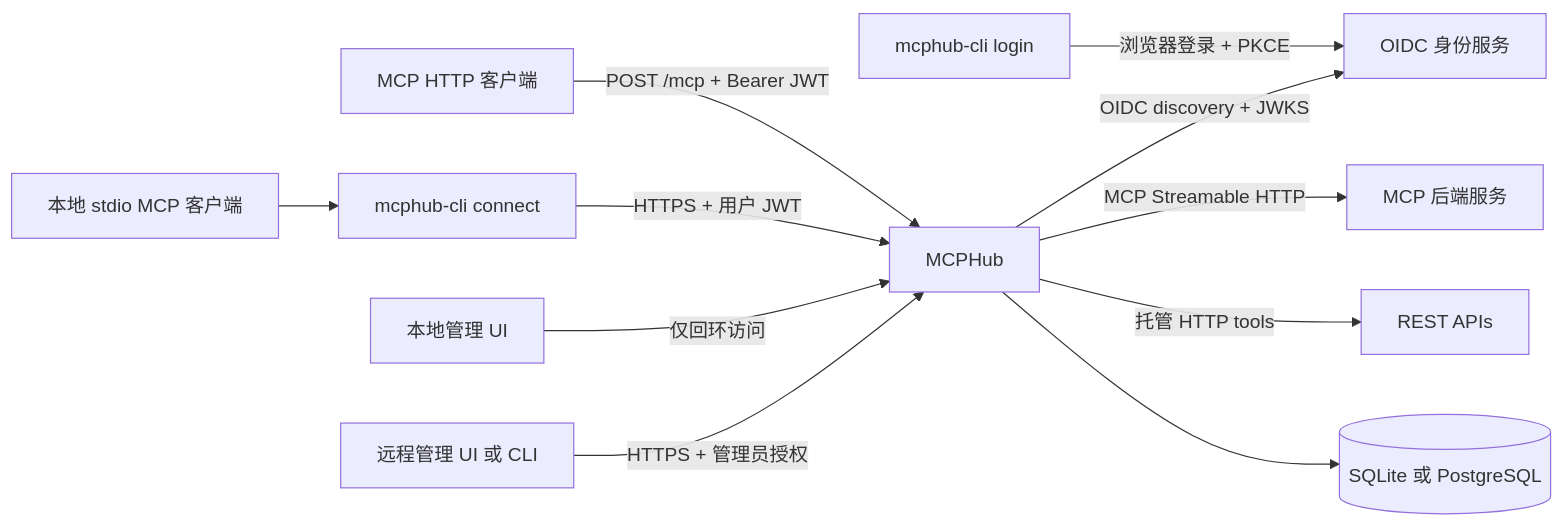
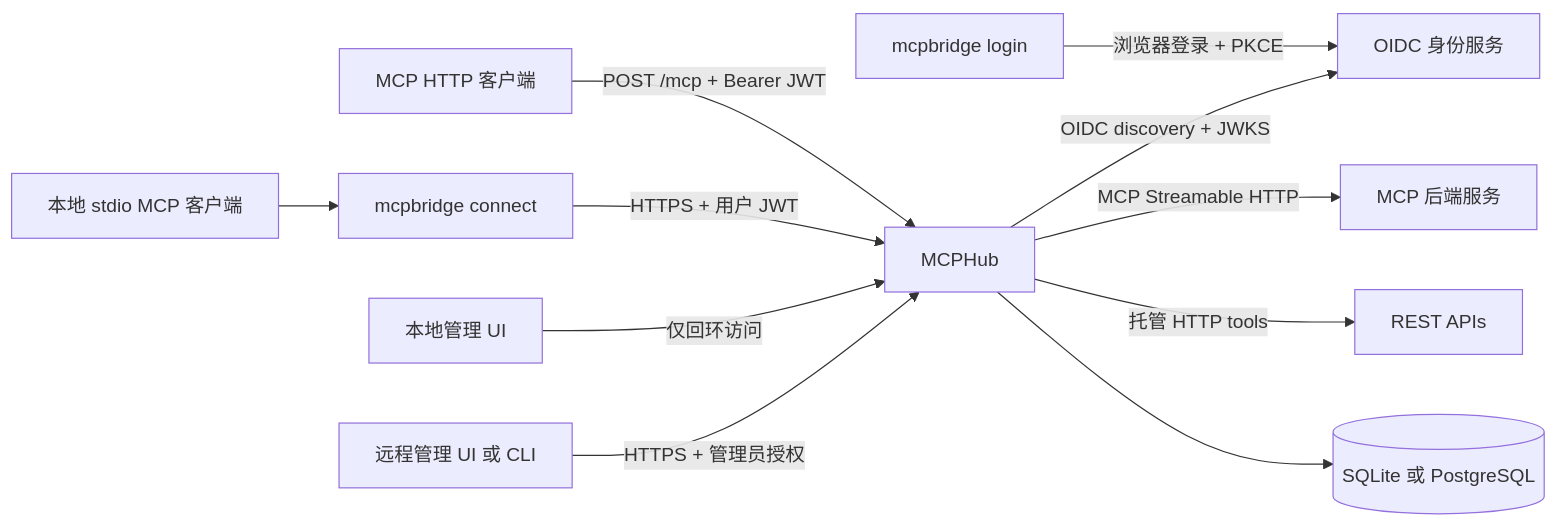
Before and after one commit to SamuelSupe/mcphub: the diagram in README.zh-CN.md, drawn with Mermaid. The commit also changed other lines of this file and 80 other files, not shown here.

````diff
--- a/README.zh-CN.md
+++ b/README.zh-CN.md
@@ -87,13 +94,13 @@
 ```mermaid
 flowchart LR
     C[MCP HTTP 客户端] -->|POST /mcp + Bearer JWT| H[MCPHub]
-    S[本地 stdio MCP 客户端] --> CLI[mcphub-cli connect]
+    S[本地 stdio MCP 客户端] --> CLI[mcpbridge connect]
     CLI -->|HTTPS + 用户 JWT| H
-    L[mcphub-cli login] -->|浏览器登录 + PKCE| I[OIDC 身份服务]
+    L[mcpbridge login] -->|浏览器登录 + PKCE| I[OIDC 身份服务]
     H -->|OIDC discovery + JWKS| I
     H -->|MCP Streamable HTTP| B[MCP 后端服务]
     H -->|托管 HTTP tools| A[REST APIs]
     U[本地管理 UI] -->|仅回环访问| H
     R[远程管理 UI 或 CLI] -->|HTTPS + 管理员授权| H
     H --> D[(SQLite 或 PostgreSQL)]
 ```
````
